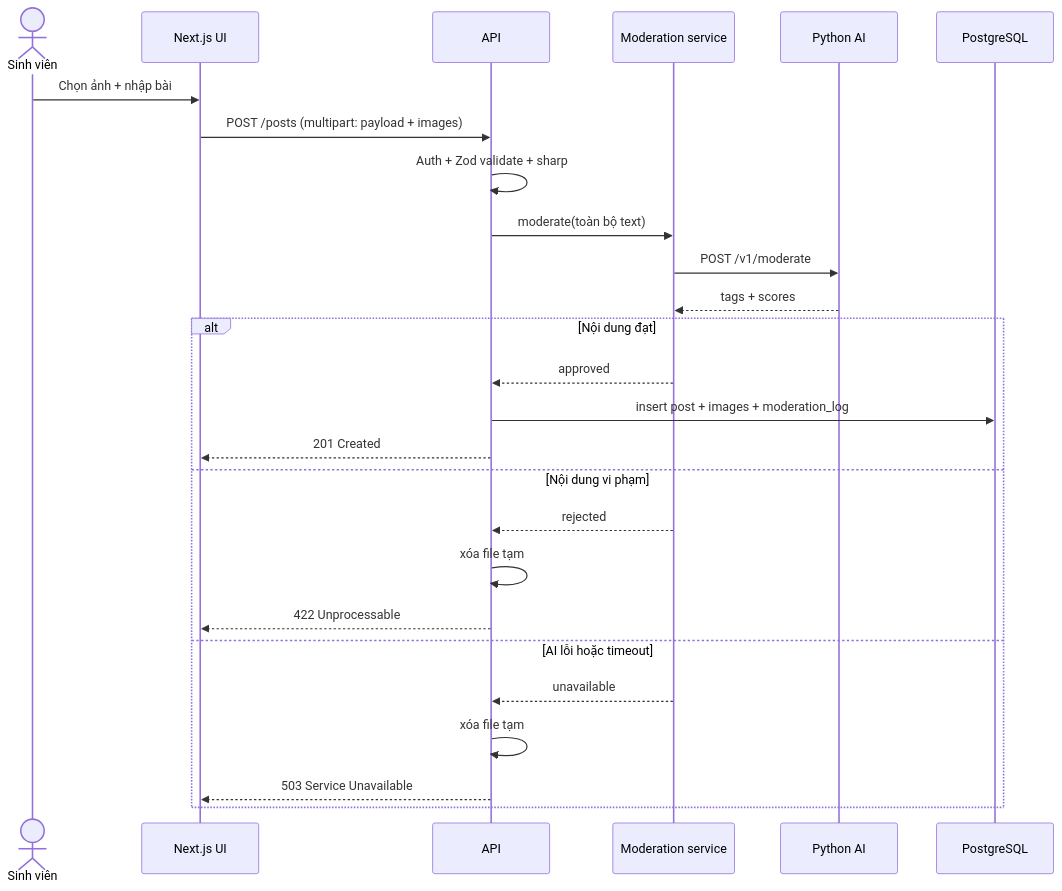
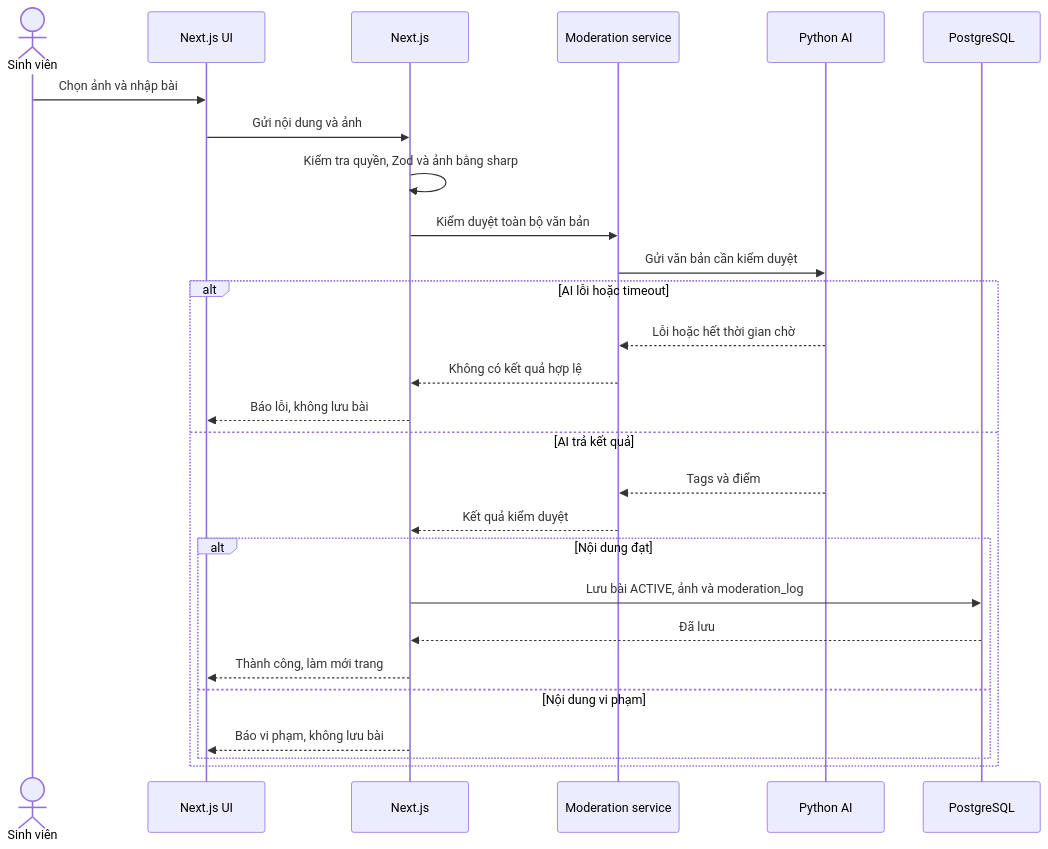
Before and after one commit to Smokiestfox/sivi-app: the fifth of 8 diagrams in docs/diagrams.md, drawn with Mermaid. The commit also changed other lines of this file and 31 other files, not shown here.

````diff
--- a/docs/diagrams.md
+++ b/docs/diagrams.md
@@ -141,30 +143,31 @@
-~~~mermaid
+```mermaid
 sequenceDiagram
     actor SV as Sinh viên
     participant UI as Next.js UI
-    participant API as API
+    participant APP as Next.js
     participant MOD as Moderation service
     participant AI as Python AI
     participant DB as PostgreSQL
 
-    SV->>UI: Chọn ảnh + nhập bài
-    UI->>API: POST /posts (multipart: payload + images)
-    API->>API: Auth + Zod validate + sharp
-    API->>MOD: moderate(toàn bộ text)
-    MOD->>AI: POST /v1/moderate
-    AI-->>MOD: tags + scores
+    SV->>UI: Chọn ảnh và nhập bài
+    UI->>APP: Gửi nội dung và ảnh
+    APP->>APP: Kiểm tra quyền, Zod và ảnh bằng sharp
+    APP->>MOD: Kiểm duyệt toàn bộ văn bản
+    MOD->>AI: Gửi văn bản cần kiểm duyệt
 
-    alt Nội dung đạt
-        MOD-->>API: approved
-        API->>DB: insert post + images + moderation_log
-        API-->>UI: 201 Created
-    else Nội dung vi phạm
-        MOD-->>API: rejected
-        API->>API: xóa file tạm
-        API-->>UI: 422 Unprocessable
-    else AI lỗi hoặc timeout
-        MOD-->>API: unavailable
-        API->>API: xóa file tạm
-        API-->>UI: 503 Service Unavailable
+    alt AI lỗi hoặc timeout
+        AI-->>MOD: Lỗi hoặc hết thời gian chờ
+        MOD-->>APP: Không có kết quả hợp lệ
+        APP-->>UI: Báo lỗi, không lưu bài
+    else AI trả kết quả
+        AI-->>MOD: Tags và điểm
+        MOD-->>APP: Kết quả kiểm duyệt
+        alt Nội dung đạt
+            APP->>DB: Lưu bài ACTIVE, ảnh và moderation_log
+            DB-->>APP: Đã lưu
+            APP-->>UI: Thành công, làm mới trang
+        else Nội dung vi phạm
+            APP-->>UI: Báo vi phạm, không lưu bài
+        end
     end
-~~~
+```
````
